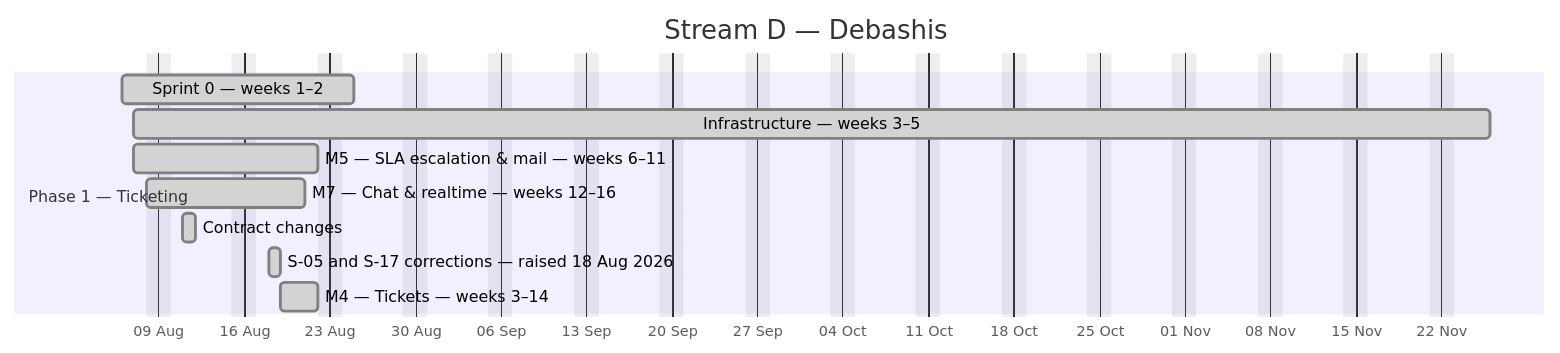
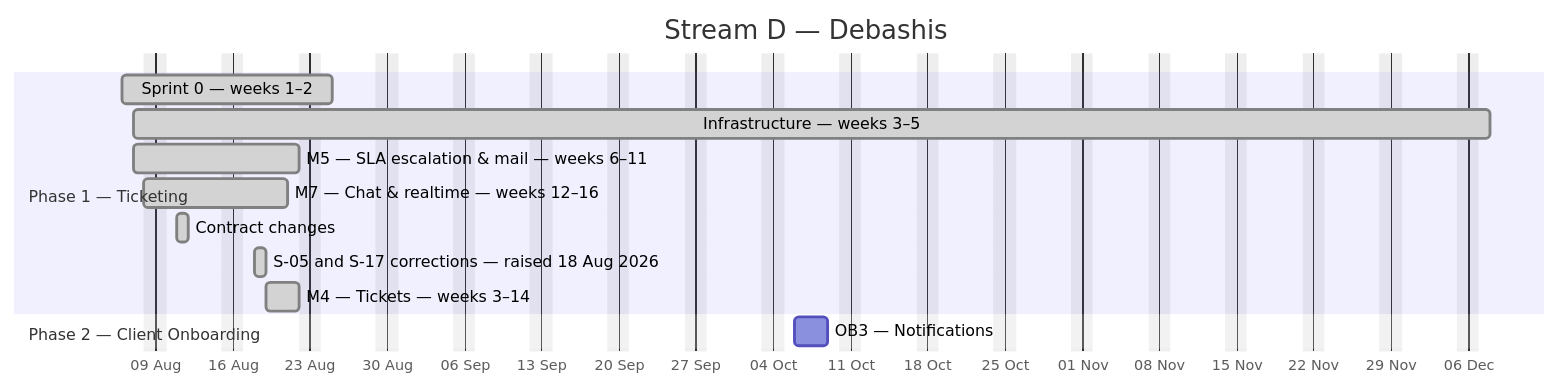
Before and after one commit to debashisedunext/EduTrack: the fourth of 4 diagrams in docs/plan/GANTT.md, drawn with Mermaid. The commit also changed other lines of this file and 9 other files, not shown here.

First line of the commit message:
docs(onboarding): v1.1 replan — per-product journeys, prerequisites gate, client portal — and the phase-2 schedule to match

````diff
--- a/docs/plan/GANTT.md
+++ b/docs/plan/GANTT.md
@@ -203,15 +201,17 @@
 ```mermaid
 gantt
     dateFormat YYYY-MM-DD
     axisFormat %d %b
     title Stream D — Debashis
     excludes weekends
     section Phase 1 — Ticketing
     Sprint 0 — weeks 1–2 :done, d0, 2026-08-06, 13d
-    Infrastructure — weeks 3–5 :done, d1, 2026-08-07, 79d
+    Infrastructure — weeks 3–5 :done, d1, 2026-08-07, 87d
     M5 — SLA  escalation & mail — weeks 6–11 :done, d2, 2026-08-07, 11d
     M7 — Chat & realtime — weeks 12–16 :done, d3, 2026-08-08, 10d
     Contract changes :done, d4, 2026-08-11, 1d
     S-05 and S-17 corrections — raised 18 Aug 2026 :done, d5, 2026-08-18, 1d
     M4 — Tickets — weeks 3–14 :done, d6, 2026-08-19, 3d
+    section Phase 2 — Client Onboarding
+    OB3 — Notifications :d7, 2026-10-06, 3d
 ```
````
